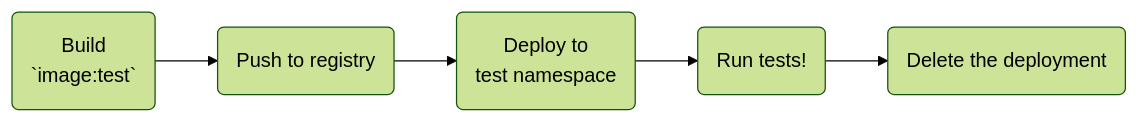
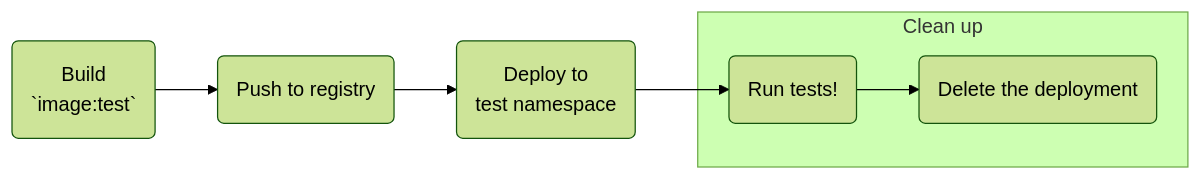
The fourth of 4 diagrams in _posts/2023-10-25-kubernoodles-pt-7.md (some-natalie/some-natalie), drawn with Mermaid (forest theme) before and after one commit. The commit also changed other lines of this file, not shown here.

````diff
--- a/_posts/2023-10-25-kubernoodles-pt-7.md
+++ b/_posts/2023-10-25-kubernoodles-pt-7.md
@@ -26,7 +237,9 @@
 ```mermaid
 flowchart LR
     A(Build<br>`image:test`) --> B(Push to registry)
     B --> C(Deploy to<br>test namespace)
     C --> D(Run tests!)
-    D --> E(Delete the deployment)
+    subgraph Clean up
+      D --> E(Delete the deployment)
+    end
 ```
````
